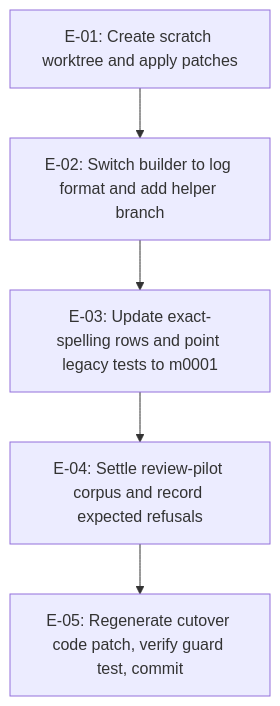
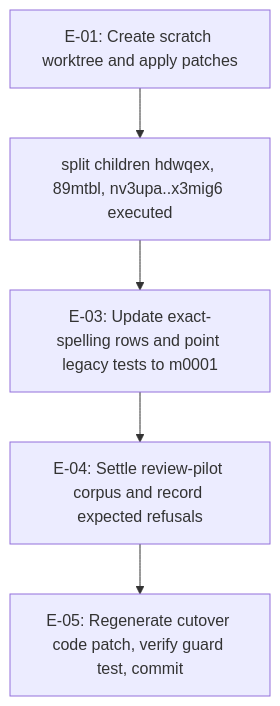
One commit to fariello/agent-workflows changed the diagram in .aw/records/plans/pending/20261109-metastore-257-x1mmdp-add-the-log-format-test-builder-switch-to-the-cutover-code-p.ipd.md. Above: the diagram before and after it, drawn with Mermaid. The commit also changed other lines of this file and 10 other files, not shown here.

First line of the commit message:
plans(metastore): split x1mmdp into Orders 305-313 (hdwqex fixes jycxw8; 89mtbl builder/codemod; nv3upa..x3mig6 test batches) per maintainer answer to 06-x1mmdp-a1-Q-01; narrow x1mmdp to E-03..E-05 and resolve OQ-01; refresh 63ib9r child table, CONFIRM items E-217..E-225 and coverage

````diff
--- a/.aw/records/plans/pending/20261109-metastore-257-x1mmdp-add-the-log-format-test-builder-switch-to-the-cutover-code-p.ipd.md
+++ b/.aw/records/plans/pending/20261109-metastore-257-x1mmdp-add-the-log-format-test-builder-switch-to-the-cutover-code-p.ipd.md
@@ -94,7 +89,7 @@
 ```mermaid
 flowchart TD
-    E01["E-01: Create scratch worktree and apply patches"] --> E02["E-02: Switch builder to log format and add helper branch"]
-    E02 --> E03["E-03: Update exact-spelling rows and point legacy tests to m0001"]
+    E01["E-01: Create scratch worktree and apply patches"] --> K["split children hdwqex, 89mtbl, nv3upa..x3mig6 executed"]
+    K --> E03["E-03: Update exact-spelling rows and point legacy tests to m0001"]
     E03 --> E04["E-04: Settle review-pilot corpus and record expected refusals"]
     E04 --> E05["E-05: Regenerate cutover code patch, verify guard test, commit"]
 ```
````
